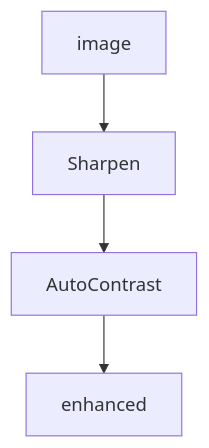
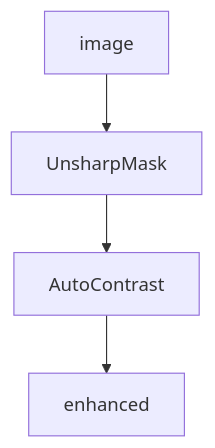
The diagram in docs/workflows/image-enhance.md (nodetool-ai/nodetool), drawn with Mermaid before and after one commit. The commit also changed other lines of this file and 46 other files, not shown here.

```diff
--- a/docs/workflows/image-enhance.md
+++ b/docs/workflows/image-enhance.md
@@ -24,10 +24,10 @@
 {% mermaid %}
 graph TD
   enhanced_97877["enhanced"]
   image_97879["image"]
-  sharpen_9d8850["Sharpen"]
+  sharpen_9d8850["UnsharpMask"]
   autocontrast_4c9c6b["AutoContrast"]
   image_97879 --> sharpen_9d8850
   sharpen_9d8850 --> autocontrast_4c9c6b
   autocontrast_4c9c6b --> enhanced_97877
 {% endmermaid %}
```
